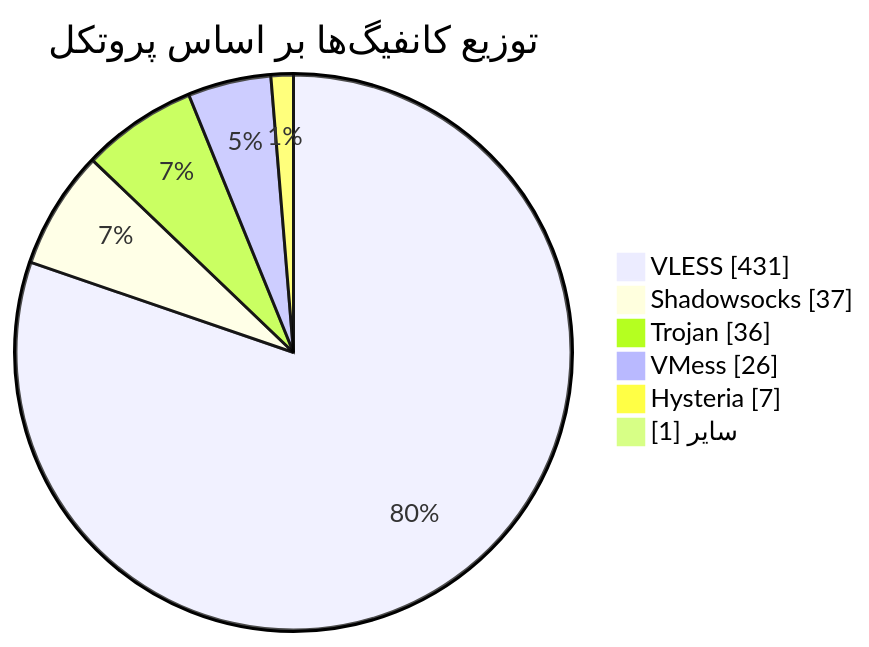
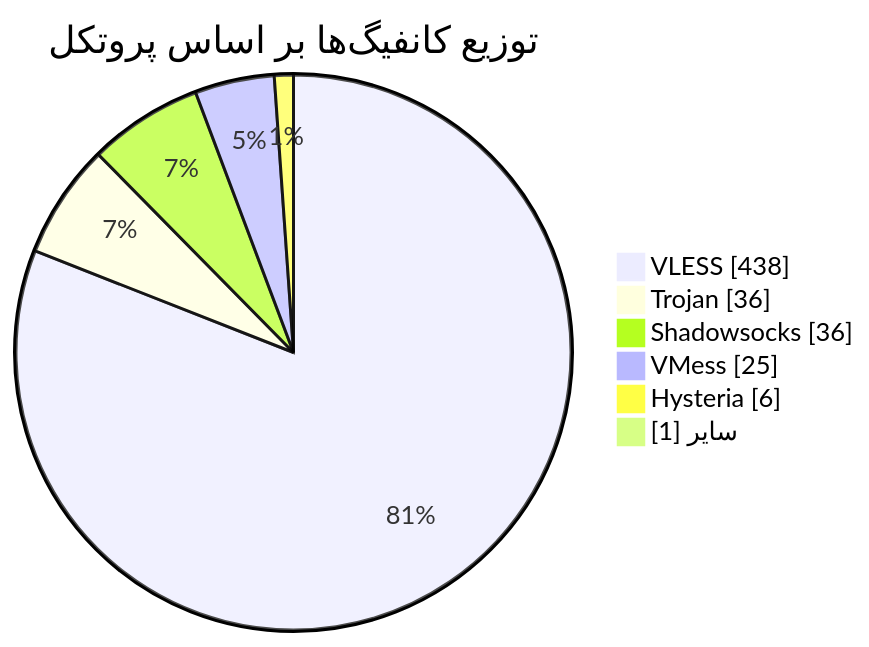
Before and after one commit to Arian-Alijani/Somthing: the diagram in README.md, drawn with Mermaid. The commit also changed other lines of this file and 79 other files, not shown here.

````diff
--- a/README.md
+++ b/README.md
@@ -48,10 +48,10 @@
 ```mermaid
 pie showData
     title توزیع کانفیگ‌ها بر اساس پروتکل
-    "VLESS" : 431
-    "Shadowsocks" : 37
+    "VLESS" : 438
     "Trojan" : 36
-    "VMess" : 26
-    "Hysteria" : 7
+    "Shadowsocks" : 36
+    "VMess" : 25
+    "Hysteria" : 6
     "سایر" : 1
 ```
````
